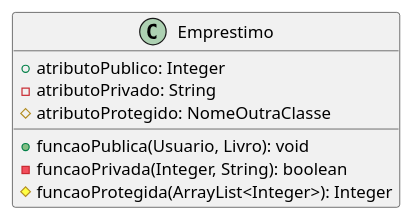
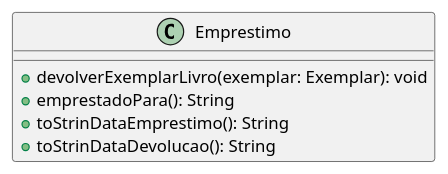
Before and after one commit to angelofelipe/library-system-OOP: the diagram in diagrama de classes/src puml/src/geral/Emprestimo.puml, drawn with PlantUML. The commit also changed 7 other files, not shown here.

Commit message:
edita diagrama na pasta geral

```diff
--- a/diagrama de classes/src puml/src/geral/Emprestimo.puml
+++ b/diagrama de classes/src puml/src/geral/Emprestimo.puml
@@ -1,13 +1,10 @@
 @startuml
 
 class Emprestimo {
-    + atributoPublico: Integer
-    - atributoPrivado: String
-    # atributoProtegido: NomeOutraClasse
-
-    + funcaoPublica(Usuario, Livro): void
-    - funcaoPrivada(Integer, String): boolean
-    # funcaoProtegida(ArrayList<Integer>): Integer
+    +devolverExemplarLivro(exemplar: Exemplar): void
+        +emprestadoPara(): String
+        +toStrinDataEmprestimo(): String
+        +toStrinDataDevolucao(): String
 }
 
 @enduml
```
